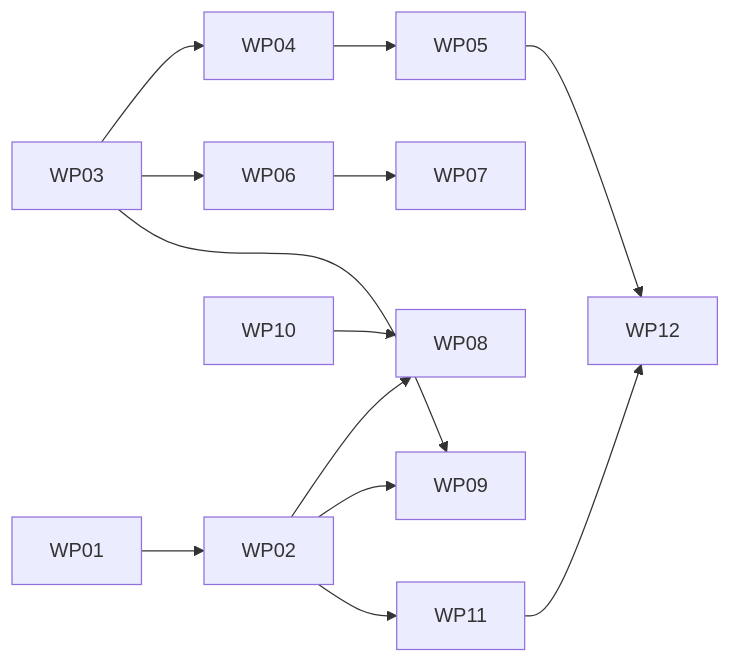
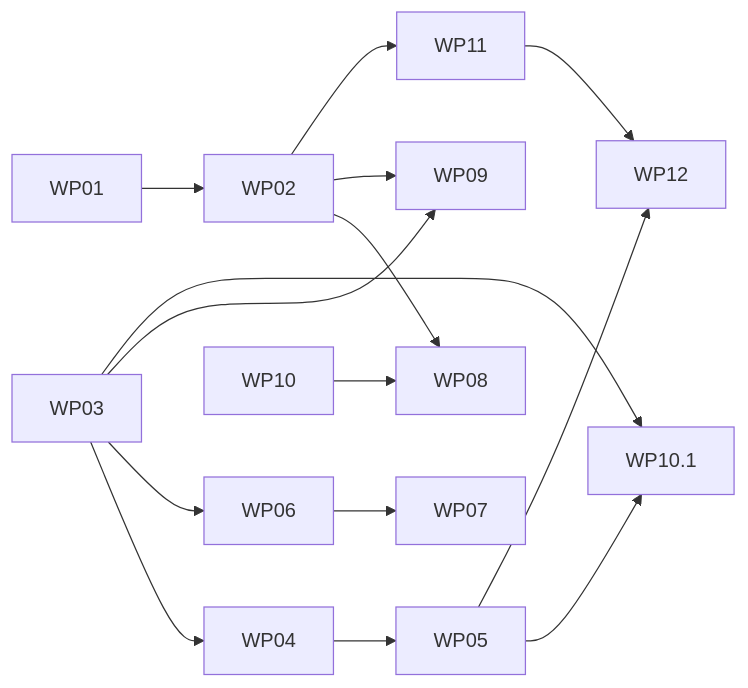
The diagram in artifacts/mac-catalyst-plan/PLAN.md (Ozel0t-G/notesnook), drawn with Mermaid before and after one commit. The commit also changed other lines of this file and 7 other files, not shown here.

````diff
--- a/artifacts/mac-catalyst-plan/PLAN.md
+++ b/artifacts/mac-catalyst-plan/PLAN.md
@@ -22,15 +23,17 @@
 ```mermaid
 graph LR
   WP01 --> WP02
   WP03 --> WP04
   WP04 --> WP05
   WP03 --> WP06
   WP06 --> WP07
   WP02 --> WP08
   WP10 --> WP08
   WP02 --> WP09
   WP03 --> WP09
   WP02 --> WP11
+  WP05 --> WP10_1[WP10.1]
+  WP03 --> WP10_1
   WP05 --> WP12
   WP11 --> WP12
 ```
````
